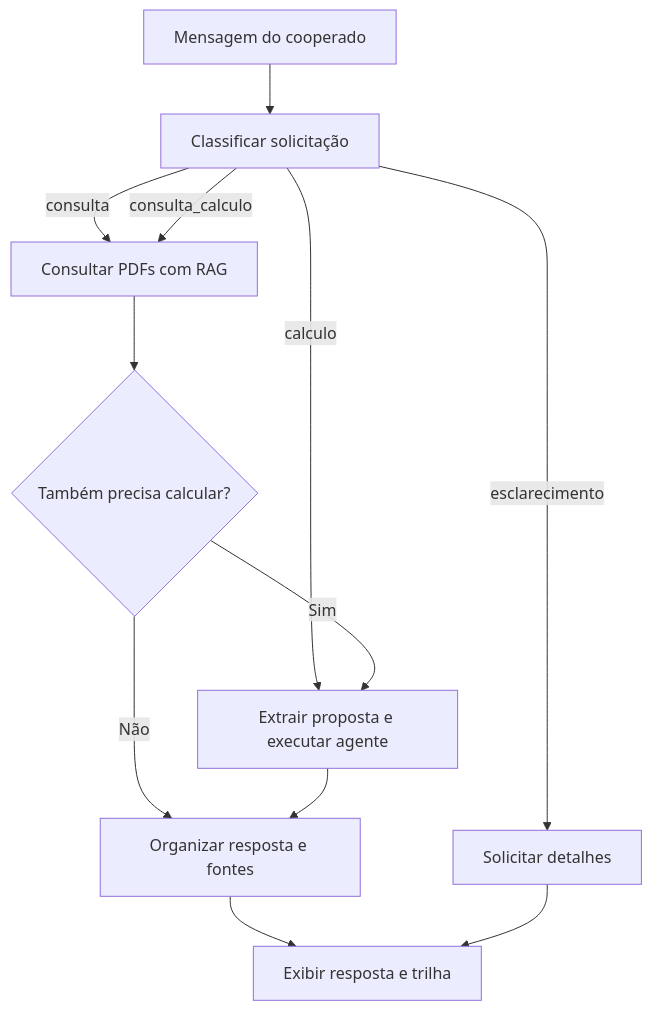
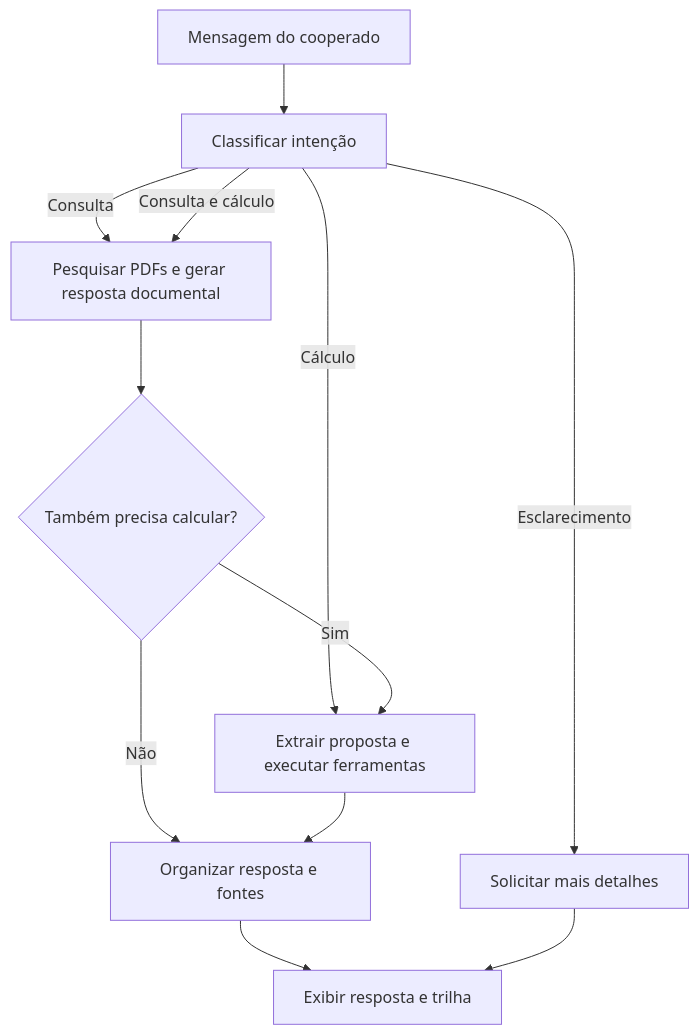
Before and after one commit to RenanTrevelim/credit-intelligence-lab: the diagram in README.md, drawn with Mermaid. The commit also changed other lines of this file, not shown here.

````diff
--- a/README.md
+++ b/README.md
@@ -41,14 +52,17 @@
 ```mermaid
 flowchart TD
-    A["Mensagem do cooperado"] --> B["Classificar solicitação"]
-    B -->|consulta| C["Consultar PDFs com RAG"]
-    B -->|consulta_calculo| C
-    B -->|calculo| D["Extrair proposta e executar agente"]
-    B -->|esclarecimento| E["Solicitar detalhes"]
+    A["Mensagem do cooperado"] --> B["Classificar intenção"]
+
+    B -->|Consulta| C["Pesquisar PDFs e gerar resposta documental"]
+    B -->|Cálculo| D["Extrair proposta e executar ferramentas"]
+    B -->|Consulta e cálculo| C
+    B -->|Esclarecimento| E["Solicitar mais detalhes"]
+
     C --> F{"Também precisa calcular?"}
     F -->|Sim| D
     F -->|Não| G["Organizar resposta e fontes"]
     D --> G
+
     G --> H["Exibir resposta e trilha"]
     E --> H
 ```
````
